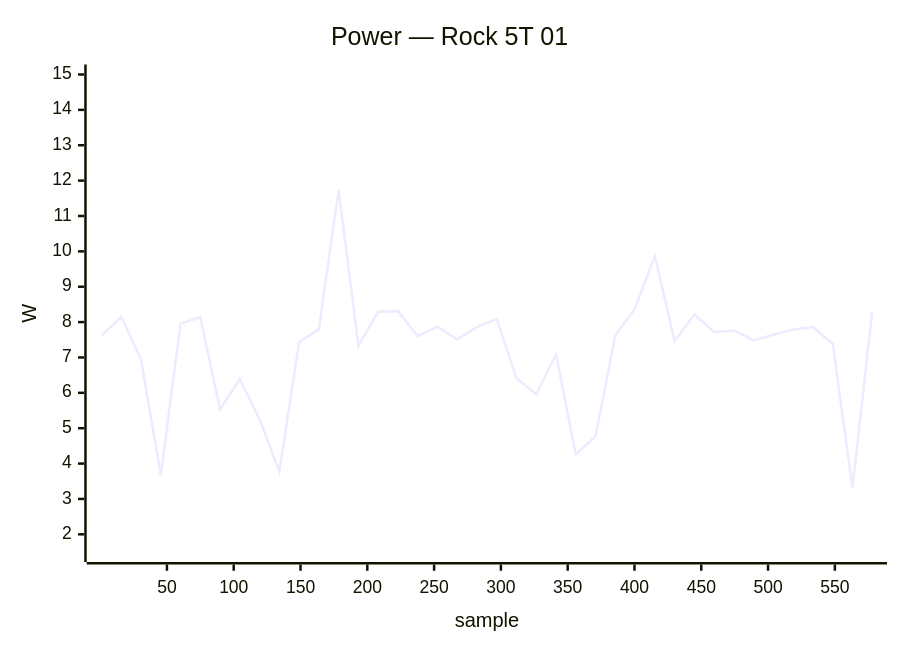
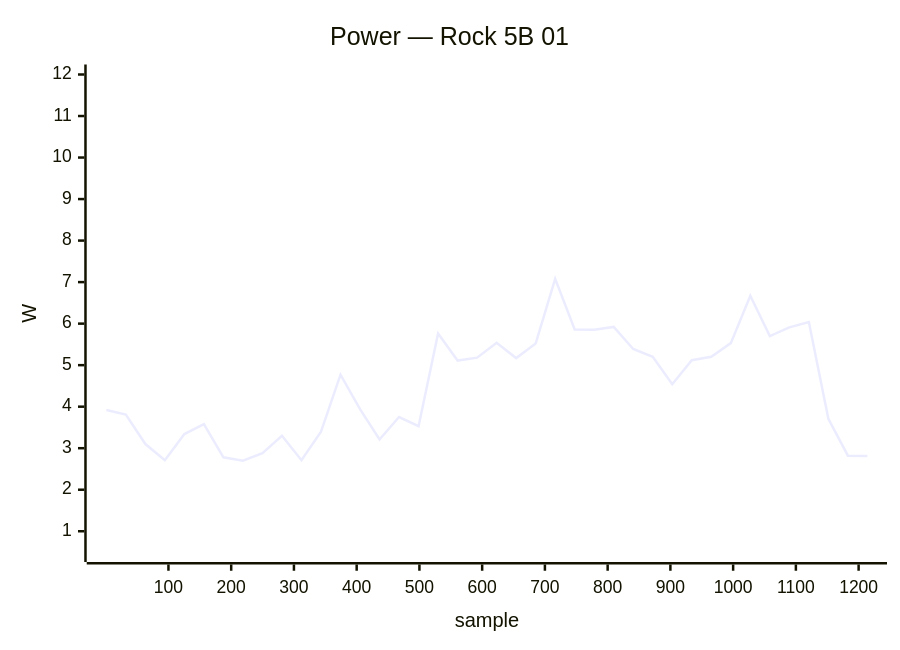
Before and after one commit to armbian/documentation: diagram 32 of 38 in docs/status/board-tests.md, drawn with Mermaid. The commit also changed other lines of this file, not shown here.

````diff
--- a/docs/status/board-tests.md
+++ b/docs/status/board-tests.md
@@ -1620,7 +1600,7 @@
 ```mermaid
 xychart-beta
-    title "Power — Rock 5T 01"
-    x-axis "sample" 1 --> 578
-    y-axis "W" 1.5 --> 15.0
-    line [7.62, 8.15, 6.95, 3.67, 7.95, 8.14, 5.53, 6.39, 5.25, 3.77, 7.43, 7.80, 11.74, 7.33, 8.29, 8.31, 7.60, 7.87, 7.51, 7.86, 8.09, 6.41, 5.96, 7.09, 4.26, 4.77, 7.63, 8.39, 9.87, 7.46, 8.22, 7.72, 7.76, 7.48, 7.64, 7.79, 7.86, 7.39, 3.31, 8.31]
+    title "Power — Rock 5B 01"
+    x-axis "sample" 1 --> 1214
+    y-axis "W" 0.5 --> 12.0
+    line [3.92, 3.81, 3.10, 2.71, 3.34, 3.58, 2.78, 2.70, 2.88, 3.30, 2.71, 3.40, 4.77, 3.94, 3.21, 3.75, 3.53, 5.76, 5.11, 5.18, 5.54, 5.17, 5.52, 7.08, 5.86, 5.85, 5.92, 5.39, 5.20, 4.54, 5.12, 5.20, 5.53, 6.67, 5.70, 5.91, 6.04, 3.71, 2.82, 2.81]
 ```
````
